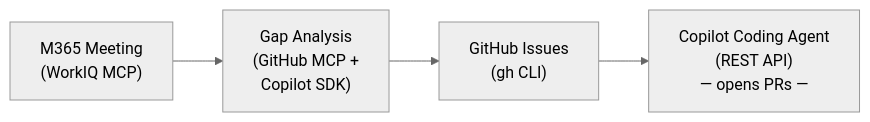
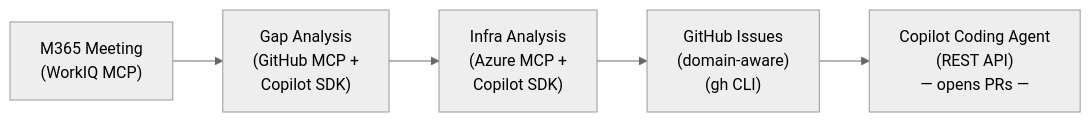
Before and after one commit to 31Nick/meeting-2-code: the diagram in README.md, drawn with Mermaid (neutral theme). The commit also changed other lines of this file and 12 other files, not shown here.

Commit message:
feat: Implement infrastructure analysis and domain classification for requirements

````diff
--- a/README.md
+++ b/README.md
@@ -23,6 +24,7 @@
 ```mermaid
 flowchart LR
     A["M365 Meeting\n(WorkIQ MCP)"] --> B["Gap Analysis\n(GitHub MCP +\nCopilot SDK)"]
-    B --> C["GitHub Issues\n(gh CLI)"]
+    B --> B2["Infra Analysis\n(Azure MCP +\nCopilot SDK)"]
+    B2 --> C["GitHub Issues\n(domain-aware)\n(gh CLI)"]
     C --> D["Copilot Coding Agent\n(REST API)\n— opens PRs —"]
 ```
````
